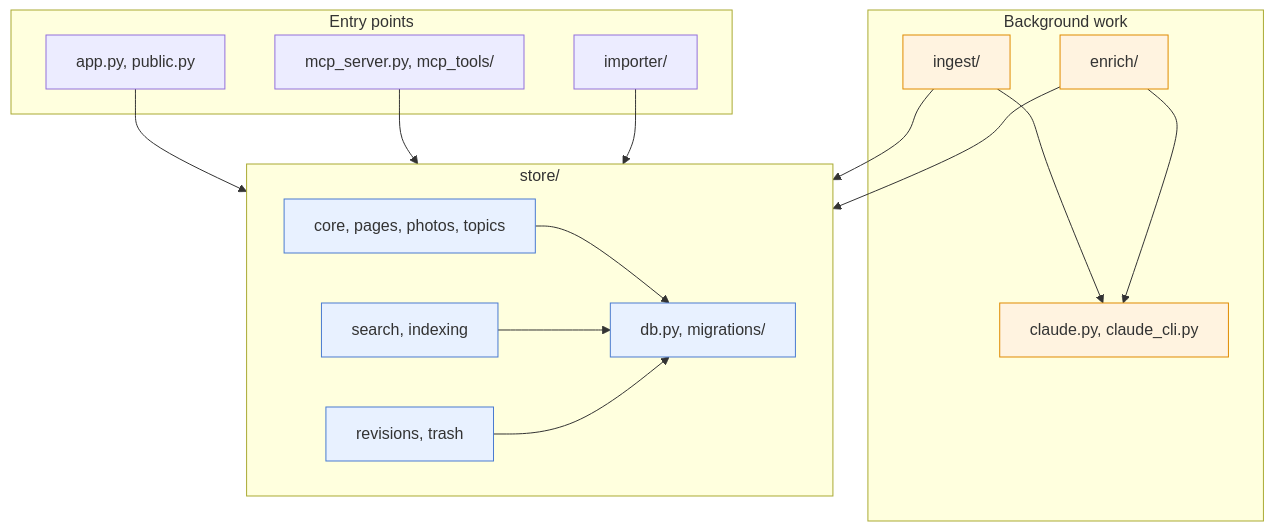
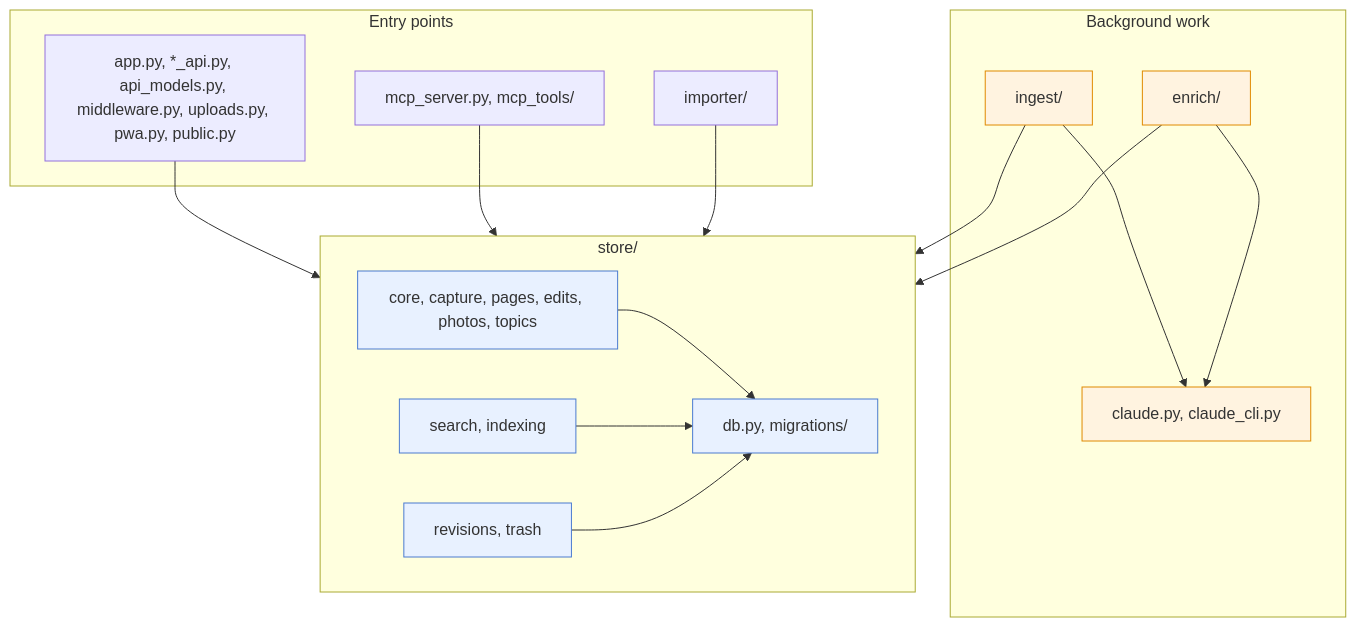
The second of 3 diagrams in docs/explanations/design.md (gilesknap/scrap), drawn with Mermaid before and after one commit. The commit also changed 18 other files, not shown here.

First line of the commit message:
Split store/pages.py and app.py by responsibility (#280 step 1)

````diff
--- a/docs/explanations/design.md
+++ b/docs/explanations/design.md
@@ -76,35 +76,35 @@
 ```mermaid
 flowchart TD
     subgraph entry["Entry points"]
-        app["app.py, public.py"]
+        app["app.py, *_api.py, api_models.py, middleware.py, uploads.py, pwa.py, public.py"]
         mcpt["mcp_server.py, mcp_tools/"]
         imp["importer/"]
     end
     subgraph bg["Background work"]
         ing["ingest/"]
         enr["enrich/"]
         cl["claude.py, claude_cli.py"]
     end
     subgraph st["store/"]
-        core["core, pages, photos, topics"]
+        core["core, capture, pages, edits, photos, topics"]
         sea["search, indexing"]
         rev["revisions, trash"]
         dbm["db.py, migrations/"]
     end
 
     app --> st
     mcpt --> st
     imp --> st
     ing --> st
     enr --> st
     ing --> cl
     enr --> cl
     core --> dbm
     sea --> dbm
     rev --> dbm
 
     classDef store fill:#e8f1ff,stroke:#4a7bd0
     classDef claude fill:#fff3e0,stroke:#e08a00
     class core,sea,rev,dbm store
     class ing,enr,cl claude
 ```
````
